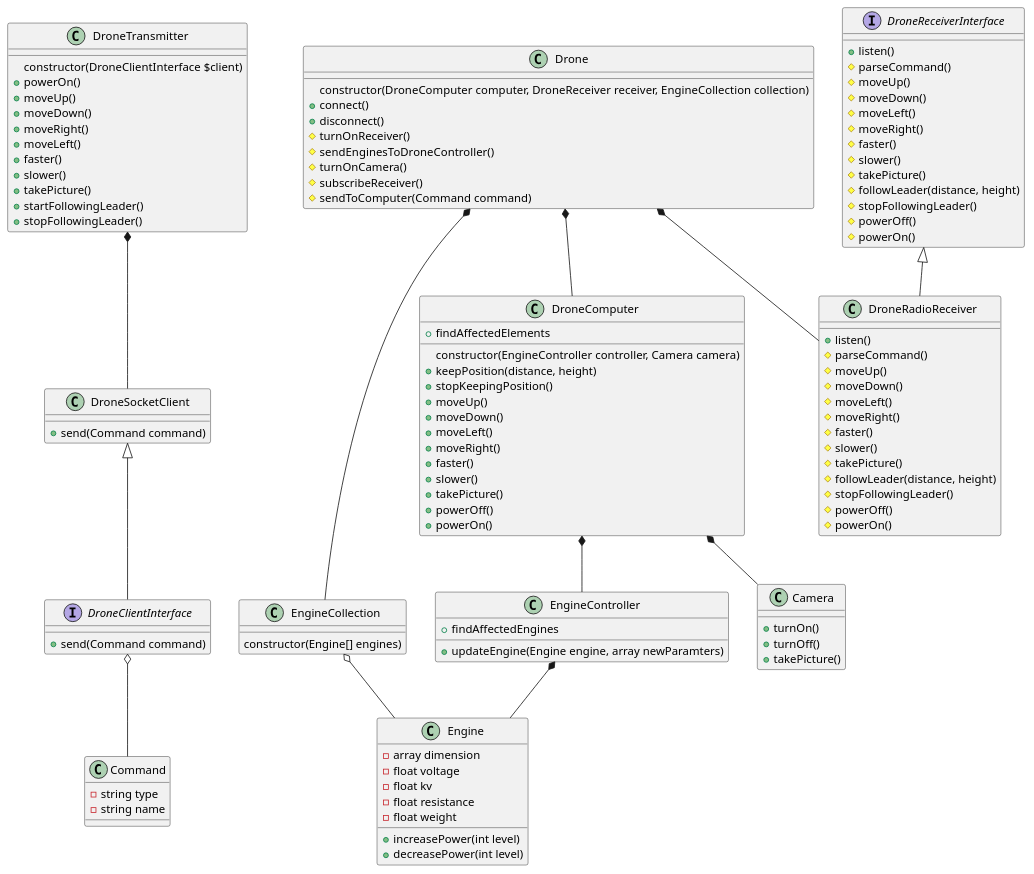
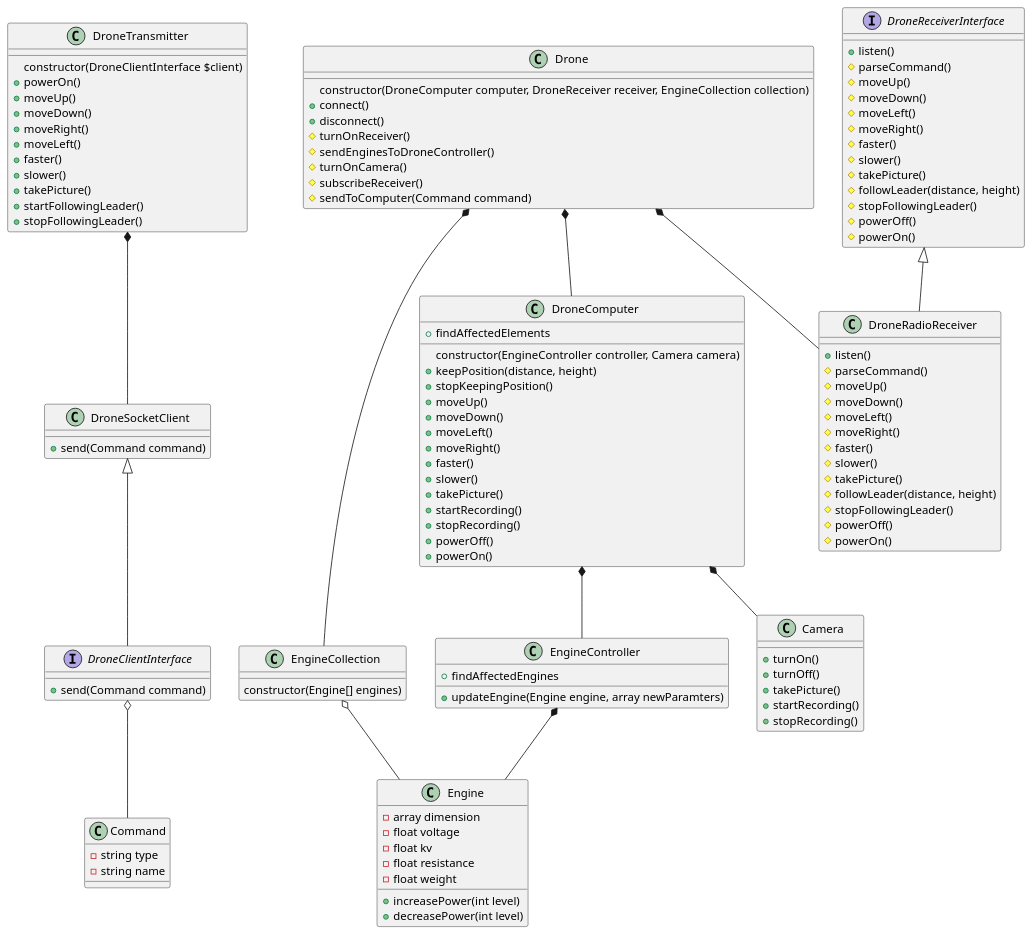
Before and after one commit to c3zi/promo-drone: the diagram in diagrams/class/dron.puml, drawn with PlantUML. The commit also changed 1 other file, not shown here.

```diff
--- a/diagrams/class/dron.puml
+++ b/diagrams/class/dron.puml
@@ -1,140 +1,144 @@
 @startuml
 DroneSocketClient <|-- DroneClientInterface
 DroneTransmitter *-- DroneSocketClient
 EngineCollection o-- Engine
 DroneReceiverInterface <|-- DroneRadioReceiver
 Drone *-- DroneComputer
 Drone *-- DroneRadioReceiver
 Drone *-- EngineCollection
 DroneComputer *-- EngineController
 DroneComputer *-- Camera
 DroneClientInterface o-- Command
 EngineController *-- Engine
 
 class DroneTransmitter
 {
     constructor(DroneClientInterface $client)
     +powerOn()
     +moveUp()
     +moveDown()
     +moveRight()
     +moveLeft()
     +faster()
     +slower()
     +takePicture()
     +startFollowingLeader()
     +stopFollowingLeader()
 }
 
 class Command
 {
     -string type
     -string name
 }
 
 interface DroneClientInterface
 {
     +send(Command command)
 }
 
 class DroneSocketClient
 {
     +send(Command command)
 }
 
 
 interface DroneReceiverInterface
 {
     +listen()
     #parseCommand()
     #moveUp()
     #moveDown()
     #moveLeft()
     #moveRight()
     #faster()
     #slower()
     #takePicture()
     #followLeader(distance, height)
     #stopFollowingLeader()
     #powerOff()
     #powerOn()
 }
 
 class DroneRadioReceiver
 {
     +listen()
     #parseCommand()
     #moveUp()
     #moveDown()
     #moveLeft()
     #moveRight()
     #faster()
     #slower()
     #takePicture()
     #followLeader(distance, height)
     #stopFollowingLeader()
     #powerOff()
     #powerOn()
 }
 
 
 class DroneComputer
 {
     constructor(EngineController controller, Camera camera)
     +findAffectedElements
     +keepPosition(distance, height)
     +stopKeepingPosition()
     +moveUp()
     +moveDown()
     +moveLeft()
     +moveRight()
     +faster()
     +slower()
     +takePicture()
+    +startRecording()
+    +stopRecording()
     +powerOff()
     +powerOn()
 }
 
 class EngineCollection
 {
     constructor(Engine[] engines)
 }
 
 class Engine
 {
     -array dimension
     -float voltage
     -float kv
     -float resistance
     -float weight
 
     +increasePower(int level)
     +decreasePower(int level)
 }
 
 class Drone
 {
     constructor(DroneComputer computer, DroneReceiver receiver, EngineCollection collection)
     +connect()
     +disconnect()
     #turnOnReceiver()
     #sendEnginesToDroneController()
     #turnOnCamera()
     #subscribeReceiver()
     #sendToComputer(Command command)
 }
 
 class EngineController
 {
     +findAffectedEngines
     +updateEngine(Engine engine, array newParamters)
 }
 
 class Camera
 {
     +turnOn()
     +turnOff()
     +takePicture()
+    +startRecording()
+    +stopRecording()
 }
 
 @enduml
```
